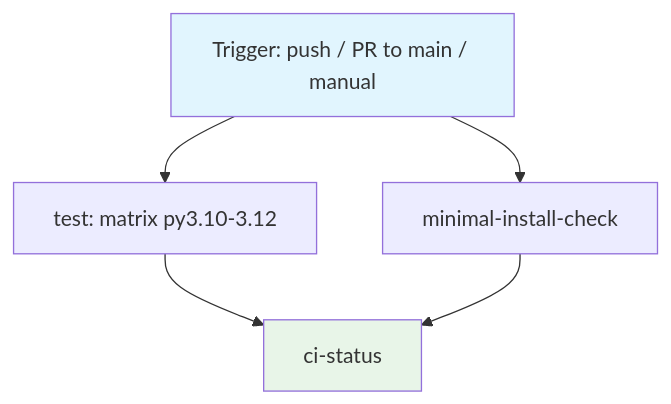
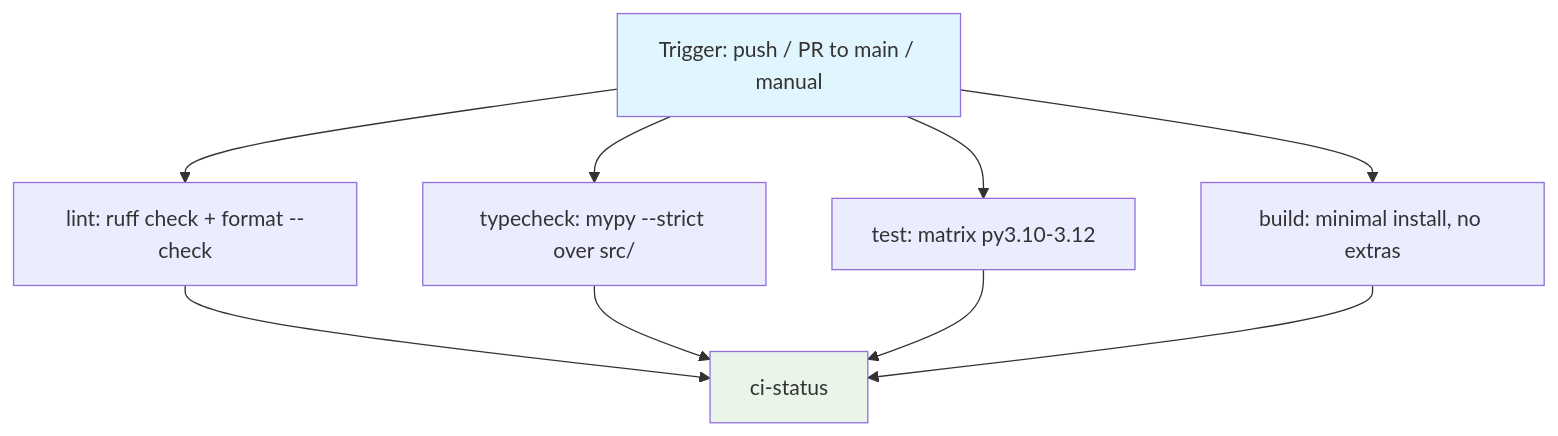
The diagram in spec/spec-process-cicd-ci.md (davidouagne/datahub-yaml-source), drawn with Mermaid before and after one commit. The commit also changed other lines of this file and 13 other files, not shown here.

First line of the commit message:
ci: align required checks with sibling repo (lint/typecheck + dco)

````diff
--- a/spec/spec-process-cicd-ci.md
+++ b/spec/spec-process-cicd-ci.md
@@ -26,10 +48,14 @@
 ```mermaid
 graph TD
-    A[Trigger: push / PR to main / manual] --> B[test: matrix py3.10-3.12]
-    A --> C[minimal-install-check]
-    B --> D[ci-status]
-    C --> D[ci-status]
+    A[Trigger: push / PR to main / manual] --> B[lint: ruff check + format --check]
+    A --> C[typecheck: mypy --strict over src/]
+    A --> D[test: matrix py3.10-3.12]
+    A --> E[build: minimal install, no extras]
+    B --> F[ci-status]
+    C --> F[ci-status]
+    D --> F[ci-status]
+    E --> F[ci-status]
 
     style A fill:#e1f5fe
-    style D fill:#e8f5e8
+    style F fill:#e8f5e8
 ```
````
